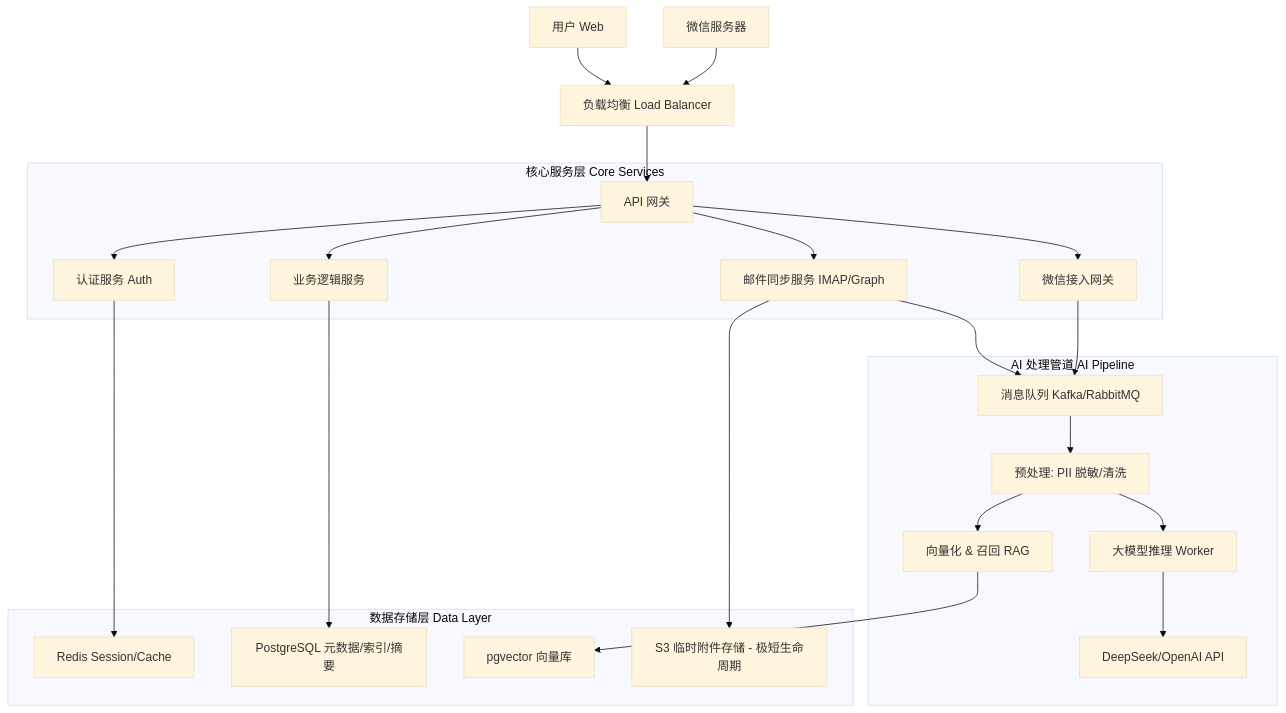
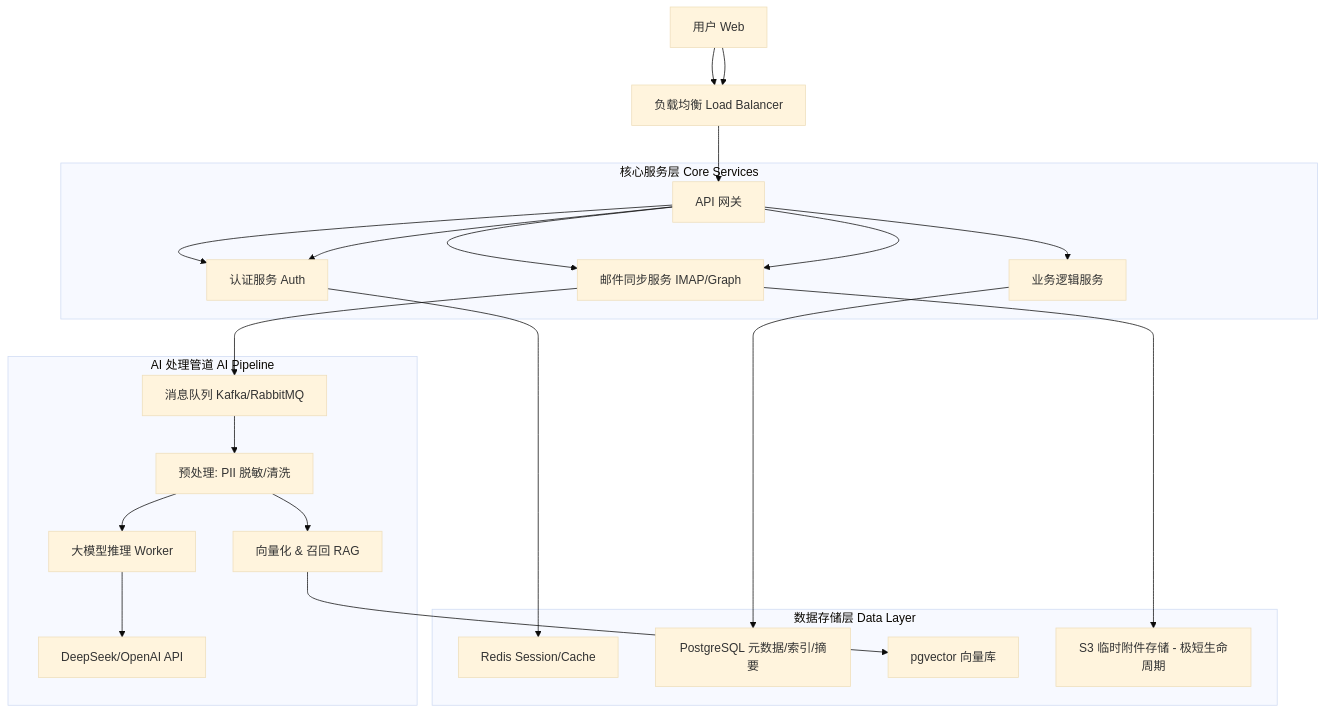
The diagram in docs/product/product-design.md (hrygo/echomind), drawn with Mermaid (base theme) before and after one commit. The commit also changed other lines of this file and 23 other files, not shown here.

````diff
--- a/docs/product/product-design.md
+++ b/docs/product/product-design.md
@@ -67,29 +67,29 @@
 ```mermaid
 graph TD
     User[用户 Web] --> LB[负载均衡 Load Balancer]
-    WeChat[微信服务器] --> LB
+    User[用户 Web] --> LB[负载均衡 Load Balancer]
     LB --> API_Gateway[API 网关]
 
     subgraph 核心服务层 Core Services
         API_Gateway --> Auth_Svc[认证服务 Auth]
         API_Gateway --> Mail_Sync_Svc[邮件同步服务 IMAP/Graph]
-        API_Gateway --> WeChat_Gateway[微信接入网关]
+        API_Gateway --> Auth_Svc[认证服务 Auth]
+        API_Gateway --> Mail_Sync_Svc[邮件同步服务 IMAP/Graph]
         API_Gateway --> Biz_Logic[业务逻辑服务]
     end
 
     subgraph AI 处理管道 AI Pipeline
         Mail_Sync_Svc --> Task_Queue[消息队列 Kafka/RabbitMQ]
-        WeChat_Gateway --> Task_Queue
         Task_Queue --> Pre_Process[预处理: PII 脱敏/清洗]
         Pre_Process --> Vector_Engine[向量化 & 召回 RAG]
         Pre_Process --> LLM_Worker[大模型推理 Worker]
         LLM_Worker --> DeepSeek_API[DeepSeek/OpenAI API]
     end
 
     subgraph 数据存储层 Data Layer
         Auth_Svc --> Redis_Session[Redis Session/Cache]
         Biz_Logic --> DB_Meta[PostgreSQL 元数据/索引/摘要]
         Vector_Engine --> Vector_DB[pgvector 向量库]
         Mail_Sync_Svc --> Object_Store[S3 临时附件存储 - 极短生命周期]
     end
 ```
````
